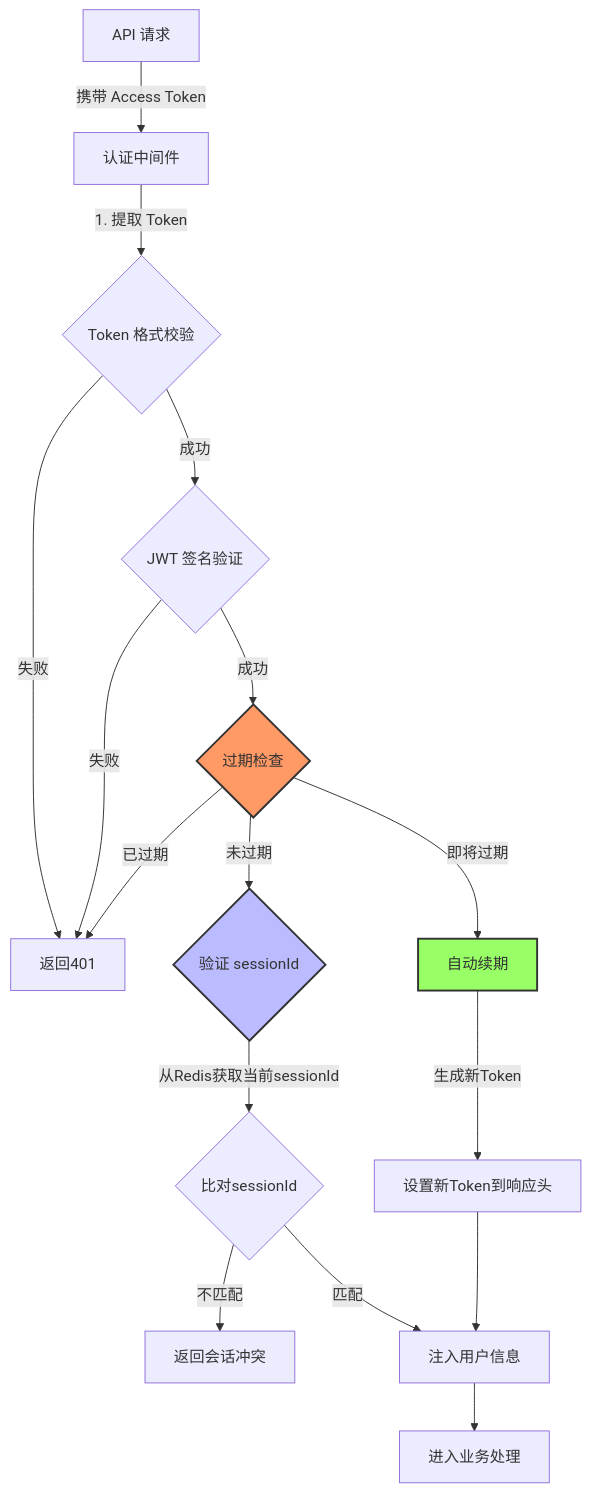
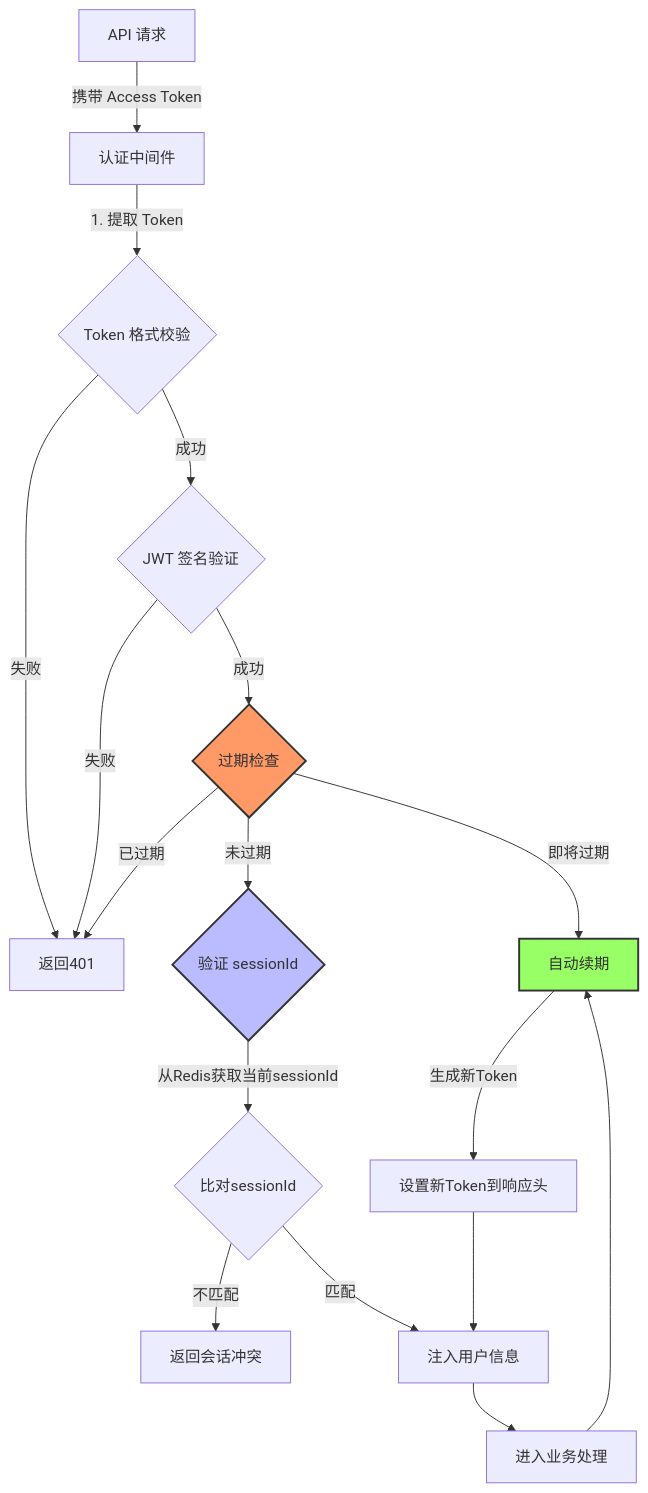
The diagram in all/未命名-12.md (yingjianzh/iodraw-files), drawn with Mermaid before and after one commit.

Commit message:
2025-01-02 16:03:16 update

````diff
--- a/all/未命名-12.md
+++ b/all/未命名-12.md
@@ -1,30 +1,30 @@
 ```mermaid
 flowchart TD
     
     A[API 请求] -->|携带 Access Token| B[认证中间件]
     B -->|1. 提取 Token| C{Token 格式校验}
     C -->|失败| D[返回401]
     C -->|成功| E{JWT 签名验证}
     E -->|失败| D
     E -->|成功| F{过期检查}
     
     F -->|已过期| D
     F -->|即将过期| G[自动续期]
     F -->|未过期| H{验证 sessionId}
     
     H -->|从Redis获取当前sessionId| I{比对sessionId}
     I -->|不匹配| J[返回会话冲突]
     I -->|匹配| K[注入用户信息]
     K --> L[进入业务处理]
-    
+    L --> 
     
     G -->|生成新Token| M[设置新Token到响应头]
     M --> K
     
 
     
 
     style F fill:#f96,stroke:#333,stroke-width:2px
     style H fill:#bbf,stroke:#333,stroke-width:2px
     style G fill:#9f6,stroke:#333,stroke-width:2px
 ```
````
